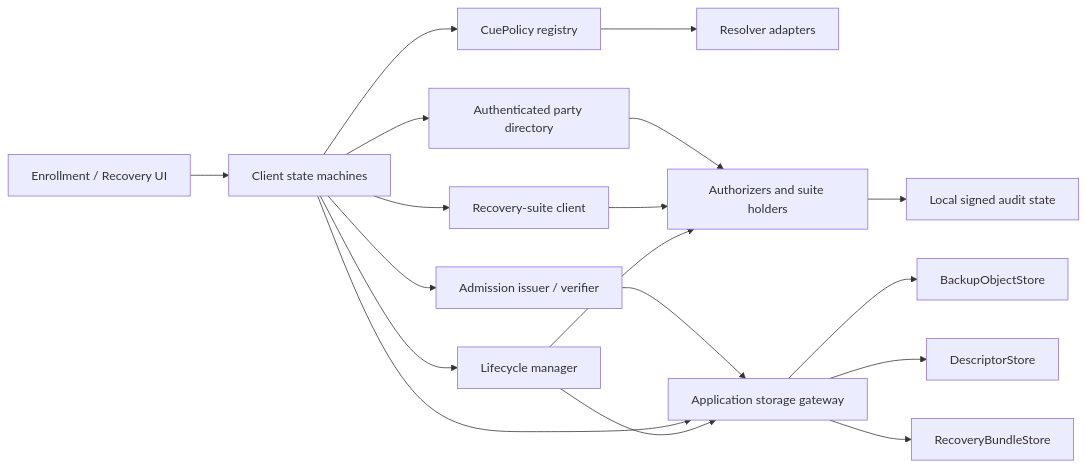
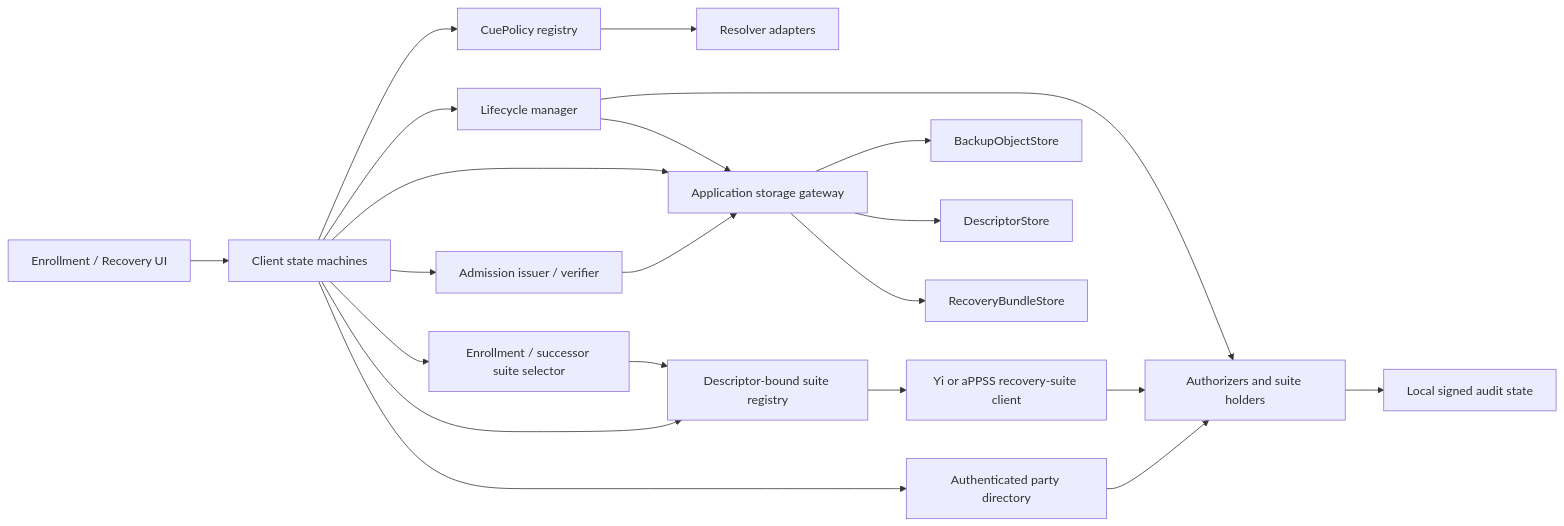
One commit to franciscobecerra97/LOCUS-v3 changed the diagram in docs/TARGET-ARCHITECTURE.md. Above: the diagram before and after it, drawn with Mermaid. The commit also changed other lines of this file and 15 other files, not shown here.

````diff
--- a/docs/TARGET-ARCHITECTURE.md
+++ b/docs/TARGET-ARCHITECTURE.md
@@ -70,20 +71,23 @@
 ```mermaid
 flowchart LR
     UI["Enrollment / Recovery UI"] --> Client["Client state machines"]
     Client --> Policy["CuePolicy registry"]
     Policy --> Resolver["Resolver adapters"]
-    Client --> Suite["Recovery-suite client"]
+    Client --> Selector["Enrollment / successor suite selector"]
+    Client --> Registry["Descriptor-bound suite registry"]
+    Selector --> Registry
+    Registry --> Suite["Yi or aPPSS recovery-suite client"]
     Client --> Admission["Admission issuer / verifier"]
     Admission --> Gateway["Application storage gateway"]
     Client --> Gateway
     Gateway --> Backup["BackupObjectStore"]
     Gateway --> Descriptor["DescriptorStore"]
     Gateway --> Bundle["RecoveryBundleStore"]
     Client --> Directory["Authenticated party directory"]
     Directory --> Parties["Authorizers and suite holders"]
     Suite --> Parties
     Parties --> Audit["Local signed audit state"]
     Client --> Lifecycle["Lifecycle manager"]
     Lifecycle --> Gateway
     Lifecycle --> Parties
 ```
````
